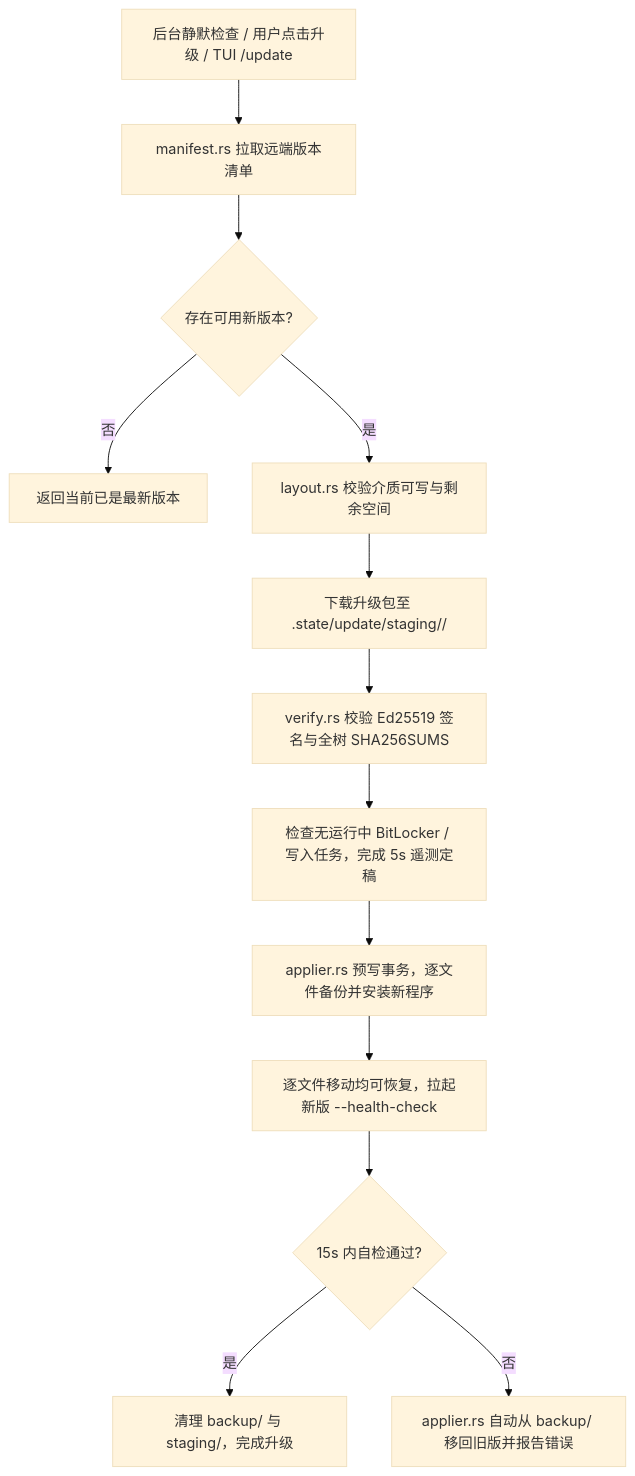
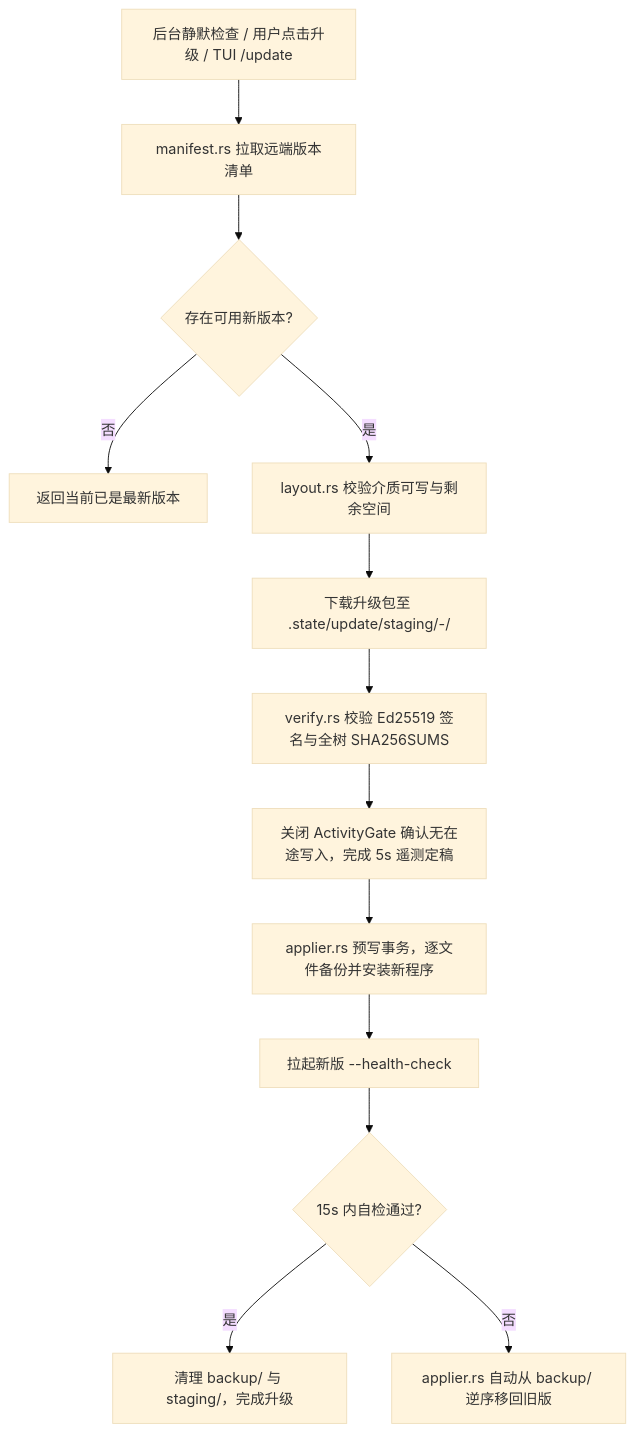
Before and after one commit to SCAU-Computer-Serving-Team/cst-pilot: the fourth of 4 diagrams in doc/rust/plan/6.cst-pilot.md, drawn with Mermaid (base theme). The commit also changed other lines of this file and 46 other files, not shown here.

````diff
--- a/doc/rust/plan/6.cst-pilot.md
+++ b/doc/rust/plan/6.cst-pilot.md
@@ -344,15 +354,15 @@
 ```mermaid
 flowchart TD
     Trigger["后台静默检查 / 用户点击升级 / TUI /update"] --> Manifest["manifest.rs 拉取远端版本清单"]
     Manifest --> HasNew{"存在可用新版本?"}
     HasNew -- "否" --> Done["返回当前已是最新版本"]
     HasNew -- "是" --> CheckEnv["layout.rs 校验介质可写与剩余空间"]
-    CheckEnv --> Download["下载升级包至 .state/update/staging/<ver>/"]
+    CheckEnv --> Download["下载升级包至 .state/update/staging/<ver>-<uuid>/"]
     Download --> Verify["verify.rs 校验 Ed25519 签名与全树 SHA256SUMS"]
-    Verify --> Guard["检查无运行中 BitLocker / 写入任务，完成 5s 遥测定稿"]
+    Verify --> Guard["关闭 ActivityGate 确认无在途写入，完成 5s 遥测定稿"]
     Guard --> Swap["applier.rs 预写事务，逐文件备份并安装新程序"]
-    Swap --> Restart["逐文件移动均可恢复，拉起新版 --health-check"]
+    Swap --> Restart["拉起新版 --health-check"]
     Restart --> Healthy{"15s 内自检通过?"}
     Healthy -- "是" --> Clean["清理 backup/ 与 staging/，完成升级"]
-    Healthy -- "否" --> Rollback["applier.rs 自动从 backup/ 移回旧版并报告错误"]
+    Healthy -- "否" --> Rollback["applier.rs 自动从 backup/ 逆序移回旧版"]
 ```
````
